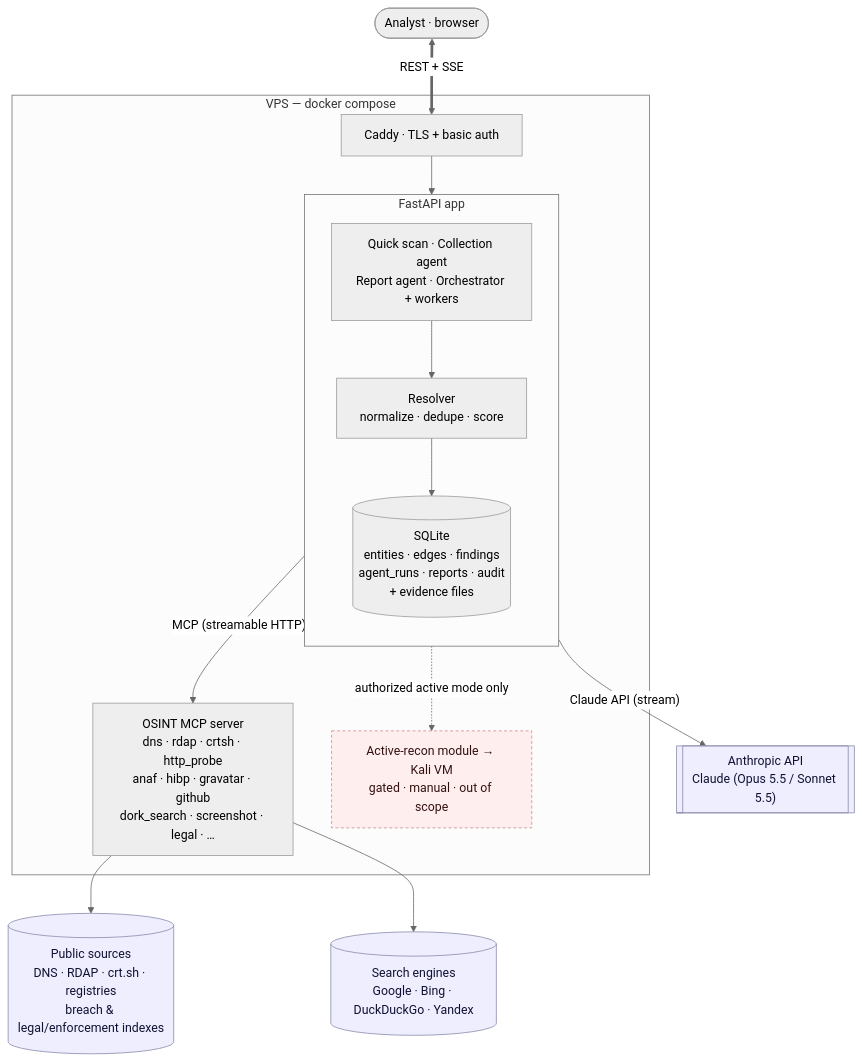
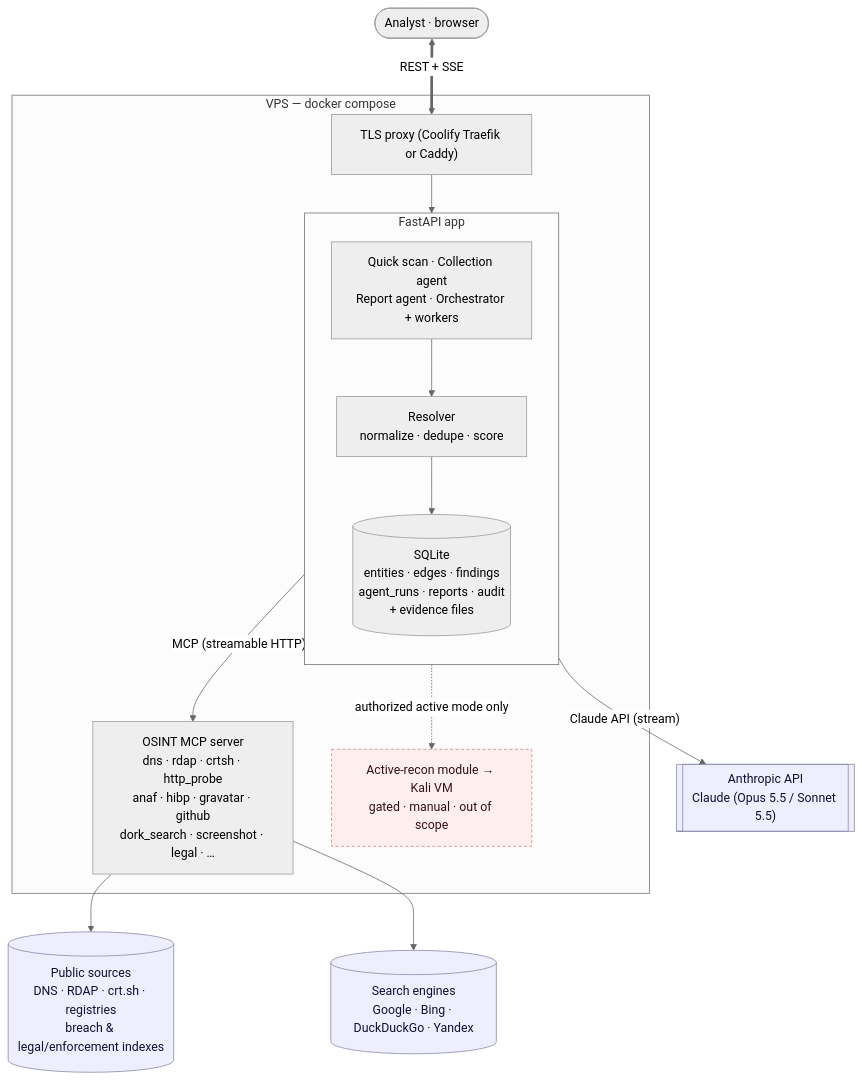
One commit to dumitreskw/craiova-hackathon changed the first of 2 diagrams in docs/02-architecture.md. Above: the diagram before and after it, drawn with Mermaid (neutral theme). The commit also changed other lines of this file and 56 other files, not shown here.

````diff
--- a/docs/02-architecture.md
+++ b/docs/02-architecture.md
@@ -12,37 +12,37 @@
 ```mermaid
 flowchart TB
   user(["Analyst · browser"])
 
   subgraph vps["VPS — docker compose"]
-    caddy["Caddy · TLS + basic auth"]
+    caddy["TLS proxy (Coolify Traefik or Caddy)"]
 
     subgraph app["FastAPI app"]
       direction TB
       modes["Quick scan · Collection agent<br/>Report agent · Orchestrator + workers"]
       resolver["Resolver<br/>normalize · dedupe · score"]
       
       db[("SQLite<br/>entities · edges · findings<br/>agent_runs · reports · audit<br/>+ evidence files")]
       modes --> resolver --> db
     end
 
     mcp["OSINT MCP server<br/>dns · rdap · crtsh · http_probe<br/>anaf · hibp · gravatar · github<br/>dork_search · screenshot · legal · …"]
     kali["Active-recon module → Kali VM<br/>gated · manual · out of scope"]
   end
 
   anthropic[["Anthropic API<br/>Claude (Opus 5.5 / Sonnet 5.5)"]]
   sources[("Public sources<br/>DNS · RDAP · crt.sh · registries<br/>breach & legal/enforcement indexes")]
   engines[("Search engines<br/>Google · Bing · DuckDuckGo · Yandex")]
 
   user <==>|"REST + SSE"| caddy
   caddy --> app
   modes -->|"Claude API (stream)"| anthropic
   app -->|"MCP (streamable HTTP)"| mcp
   mcp --> sources
   mcp --> engines
   app -. "authorized active mode only" .-> kali
 
   classDef ext fill:#eef,stroke:#88a,color:#113;
   classDef gate fill:#fee,stroke:#c88,color:#311,stroke-dasharray:4 3;
   class anthropic,sources,engines ext;
   class kali gate;
 ```
````
